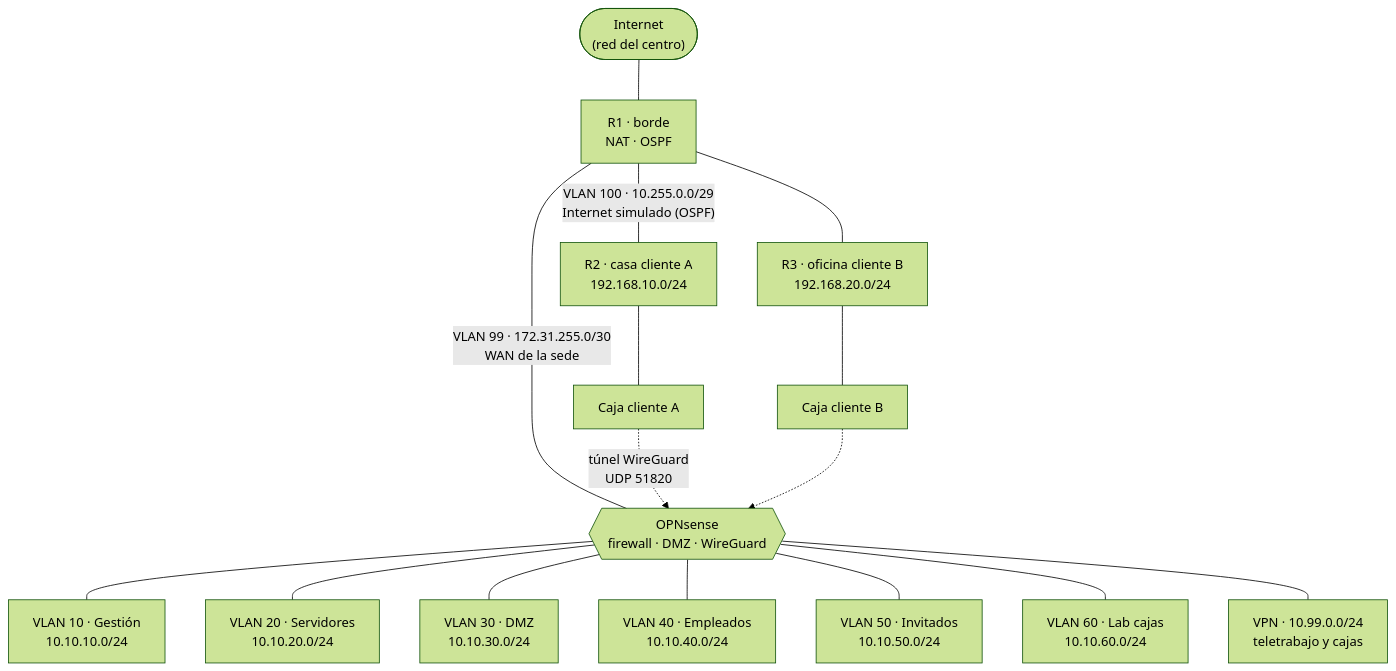
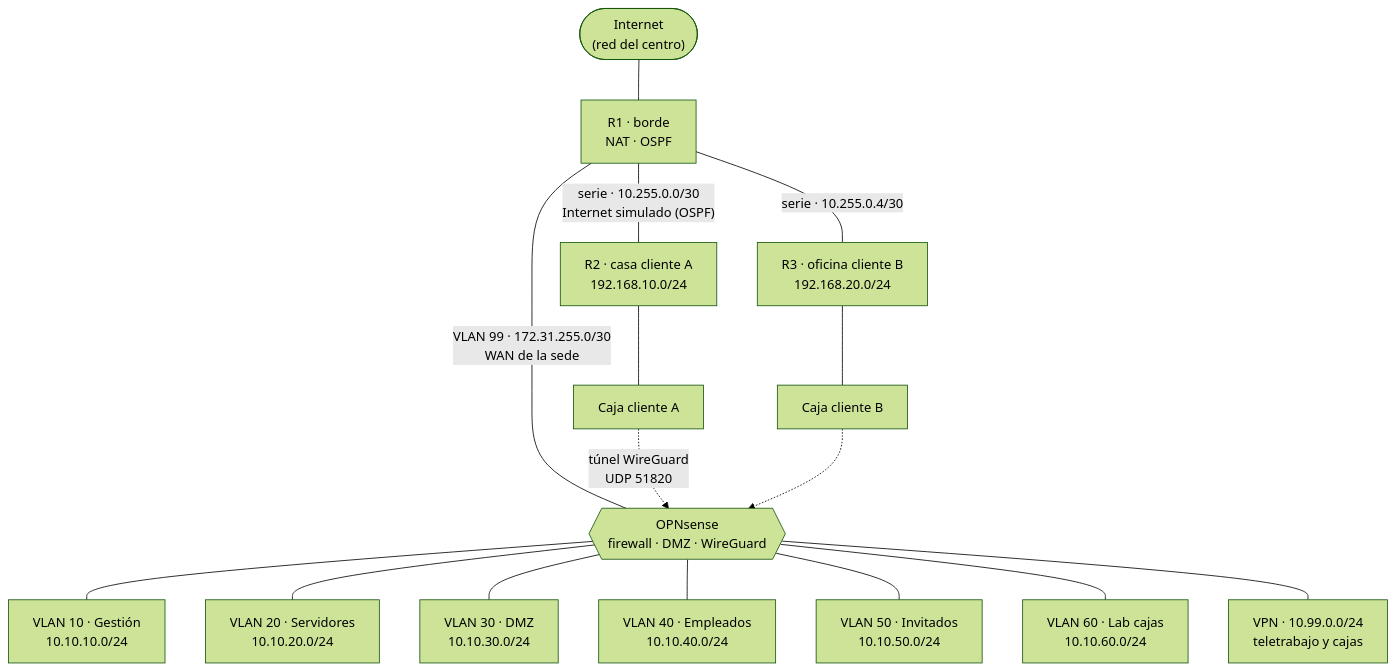
One commit to YassinKamal345/nosub-infra changed the first of 2 diagrams in docs/red.md. Above: the diagram before and after it, drawn with Mermaid (forest theme). The commit also changed other lines of this file and 22 other files, not shown here.

````diff
--- a/docs/red.md
+++ b/docs/red.md
@@ -17,27 +17,27 @@
 ```mermaid
 flowchart TB
     INET(["Internet<br/>(red del centro)"])
     R1["R1 · borde<br/>NAT · OSPF"]
     R2["R2 · casa cliente A<br/>192.168.10.0/24"]
     R3["R3 · oficina cliente B<br/>192.168.20.0/24"]
     CA["Caja cliente A"]
     CB["Caja cliente B"]
     FW{{"OPNsense<br/>firewall · DMZ · WireGuard"}}
 
     INET --- R1
-    R1 ---|"VLAN 100 · 10.255.0.0/29<br/>Internet simulado (OSPF)"| R2
-    R1 --- R3
+    R1 ---|"serie · 10.255.0.0/30<br/>Internet simulado (OSPF)"| R2
+    R1 ---|"serie · 10.255.0.4/30"| R3
     R2 --- CA
     R3 --- CB
     R1 ---|"VLAN 99 · 172.31.255.0/30<br/>WAN de la sede"| FW
     CA -.->|"túnel WireGuard<br/>UDP 51820"| FW
     CB -.-> FW
 
     FW --- V10["VLAN 10 · Gestión<br/>10.10.10.0/24"]
     FW --- V20["VLAN 20 · Servidores<br/>10.10.20.0/24"]
     FW --- V30["VLAN 30 · DMZ<br/>10.10.30.0/24"]
     FW --- V40["VLAN 40 · Empleados<br/>10.10.40.0/24"]
     FW --- V50["VLAN 50 · Invitados<br/>10.10.50.0/24"]
     FW --- V60["VLAN 60 · Lab cajas<br/>10.10.60.0/24"]
     FW --- VPN["VPN · 10.99.0.0/24<br/>teletrabajo y cajas"]
 ```
````
